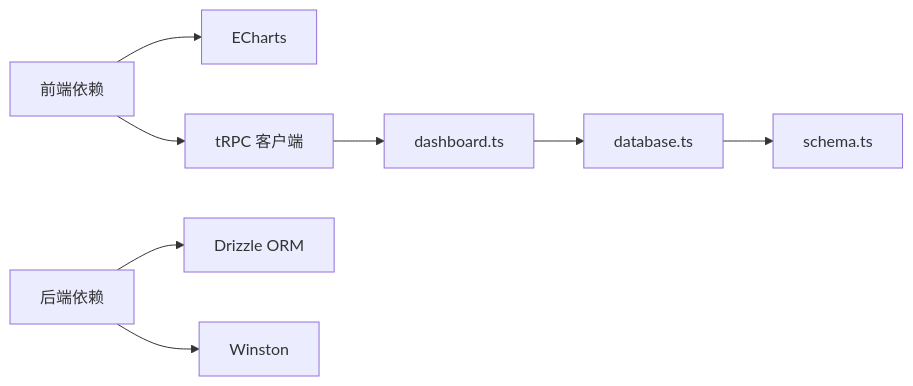
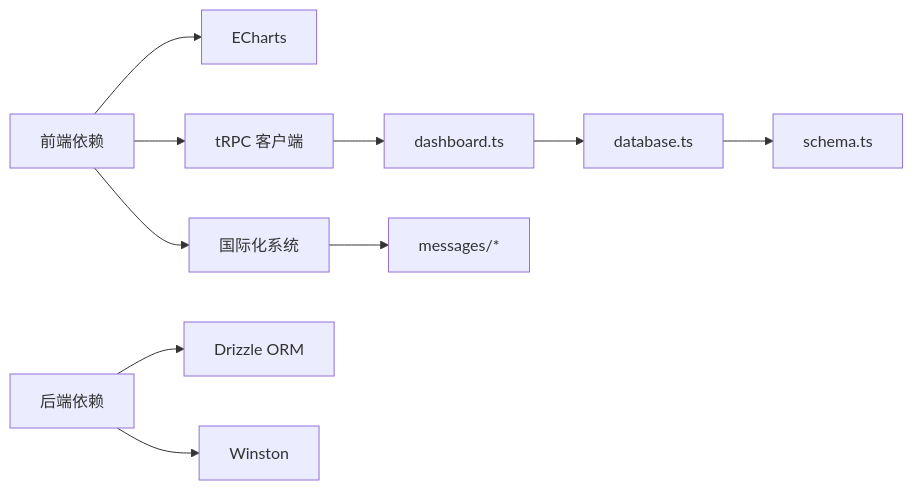
One commit to RadiumAg/AIGate changed diagram 13 of 13 in .qoder/repowiki/zh/content/监控与分析/监控与分析.md. Above: the diagram before and after it, drawn with Mermaid. The commit also changed other lines of this file and 30 other files, not shown here.

````diff
--- a/.qoder/repowiki/zh/content/监控与分析/监控与分析.md
+++ b/.qoder/repowiki/zh/content/监控与分析/监控与分析.md
@@ -434,10 +511,12 @@
 ```mermaid
 graph LR
 FE["前端依赖"] --> ECharts["ECharts"]
 FE --> tRPC["tRPC 客户端"]
+FE --> I18n["国际化系统"]
 BE["后端依赖"] --> Drizzle["Drizzle ORM"]
 BE --> Winston["Winston"]
 tRPC --> TRPC_Router["dashboard.ts"]
 TRPC_Router --> DBLayer["database.ts"]
 DBLayer --> Schema["schema.ts"]
+I18n --> Messages["messages/*"]
 ```
````
